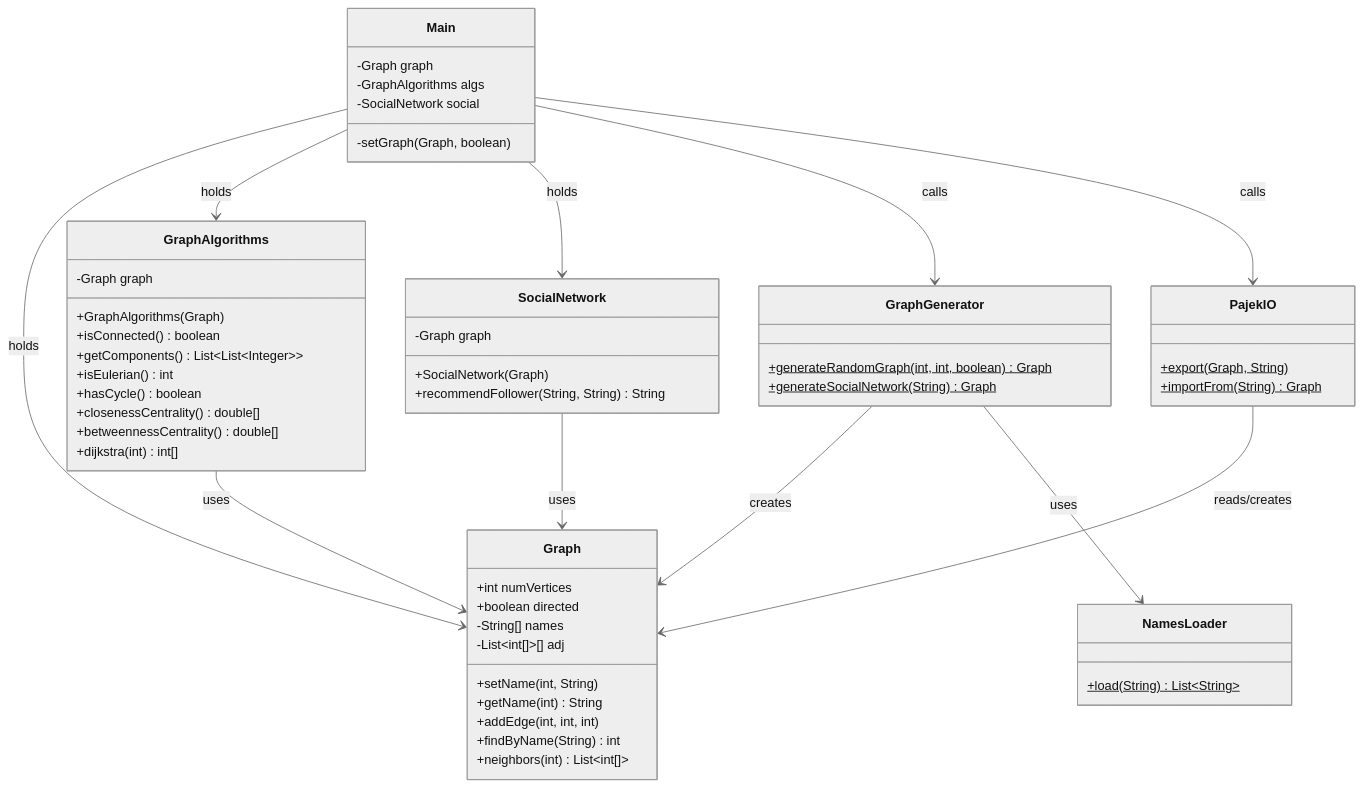
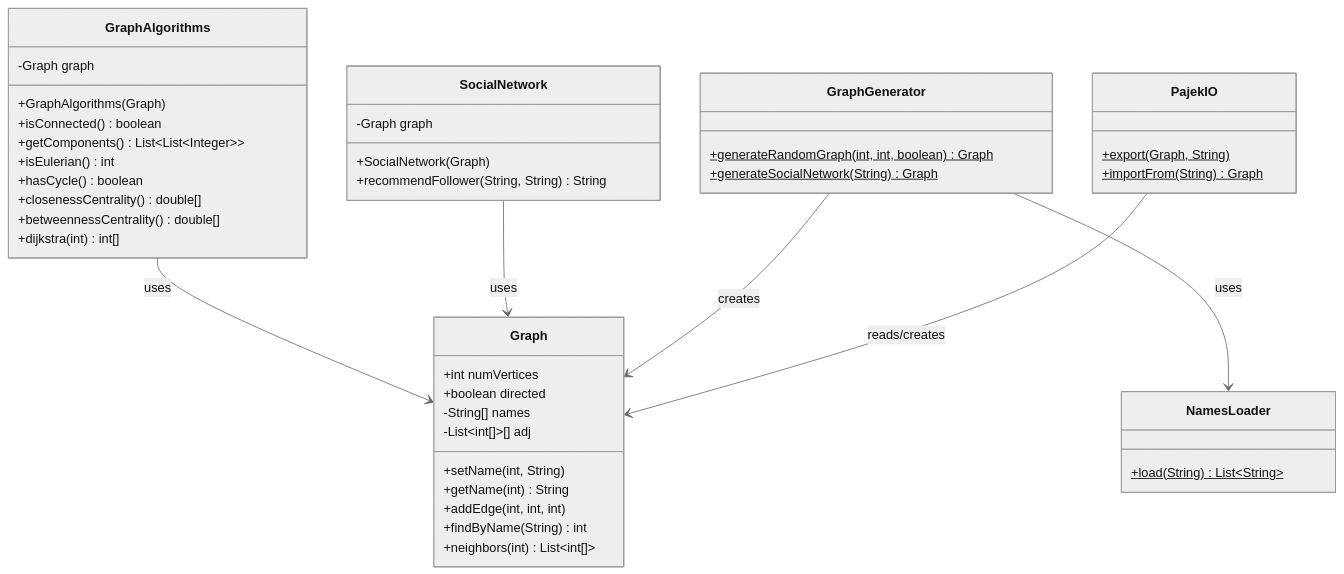
The first of 7 diagrams in docs/design.md (cyberfika/highDimensionalGraphApp), drawn with Mermaid (neutral theme) before and after one commit. The commit also changed other lines of this file and 1 other file, not shown here.

````diff
--- a/docs/design.md
+++ b/docs/design.md
@@ -45,64 +95,52 @@
 ```mermaid
 classDiagram
     class Graph {
         +int numVertices
         +boolean directed
         -String[] names
         -List~int[]~[] adj
         +setName(int, String)
         +getName(int) String
         +addEdge(int, int, int)
         +findByName(String) int
         +neighbors(int) List~int[]~
     }
 
     class GraphAlgorithms {
         -Graph graph
         +GraphAlgorithms(Graph)
         +isConnected() boolean
         +getComponents() List~List~Integer~~
         +isEulerian() int
         +hasCycle() boolean
         +closenessCentrality() double[]
         +betweennessCentrality() double[]
         +dijkstra(int) int[]
     }
 
     class SocialNetwork {
         -Graph graph
         +SocialNetwork(Graph)
         +recommendFollower(String, String) String
     }
 
     class GraphGenerator {
         +generateRandomGraph(int, int, boolean)$ Graph
         +generateSocialNetwork(String)$ Graph
     }
 
     class PajekIO {
         +export(Graph, String)$
         +importFrom(String)$ Graph
     }
 
     class NamesLoader {
         +load(String)$ List~String~
     }
 
-    class Main {
-        -Graph graph
-        -GraphAlgorithms algs
-        -SocialNetwork social
-        -setGraph(Graph, boolean)
-    }
-
     GraphAlgorithms --> Graph : uses
     SocialNetwork   --> Graph : uses
     GraphGenerator  --> Graph : creates
     GraphGenerator  --> NamesLoader : uses
     PajekIO         --> Graph : reads/creates
-    Main            --> Graph : holds
-    Main            --> GraphAlgorithms : holds
-    Main            --> SocialNetwork : holds
-    Main            --> GraphGenerator : calls
-    Main            --> PajekIO : calls
 ```
````
